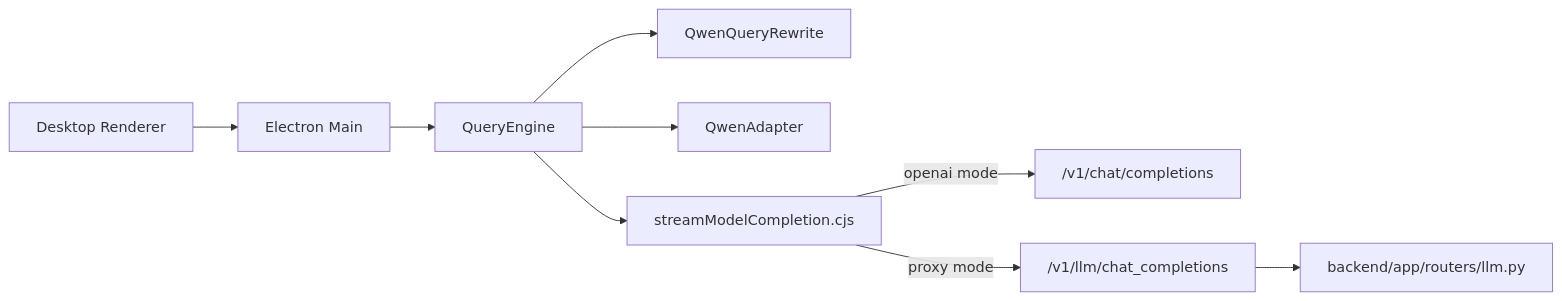
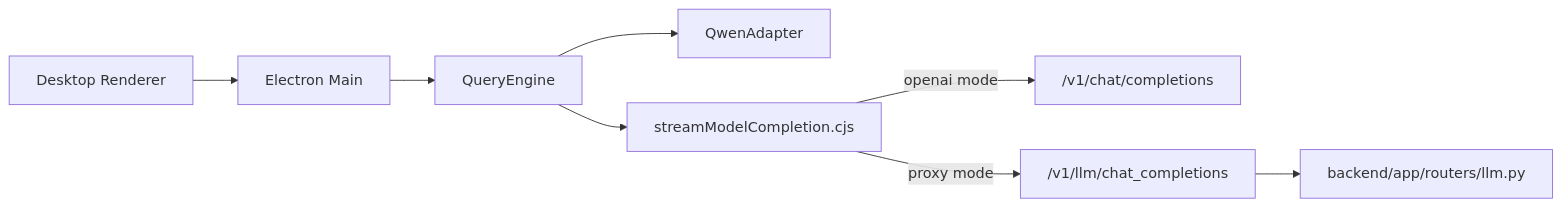
One commit to needitem/pixllm changed the diagram in docs/02-design/LLM서빙_상세_설계.md. Above: the diagram before and after it, drawn with Mermaid. The commit also changed other lines of this file and 30 other files, not shown here.

First line of the commit message:
Keep create flows grounded while pruning obsolete reference tests

````diff
--- a/docs/02-design/LLM서빙_상세_설계.md
+++ b/docs/02-design/LLM서빙_상세_설계.md
@@ -16,11 +16,10 @@
 ```mermaid
 flowchart LR
     UI["Desktop Renderer"] --> MAIN["Electron Main"]
     MAIN --> QE["QueryEngine"]
-    QE --> RW["QwenQueryRewrite"]
     QE --> QA["QwenAdapter"]
     QE --> CLIENT["streamModelCompletion.cjs"]
     CLIENT -->|openai mode| OA["/v1/chat/completions"]
     CLIENT -->|proxy mode| API["/v1/llm/chat_completions"]
     API --> ROUTER["backend/app/routers/llm.py"]
 ```
````
